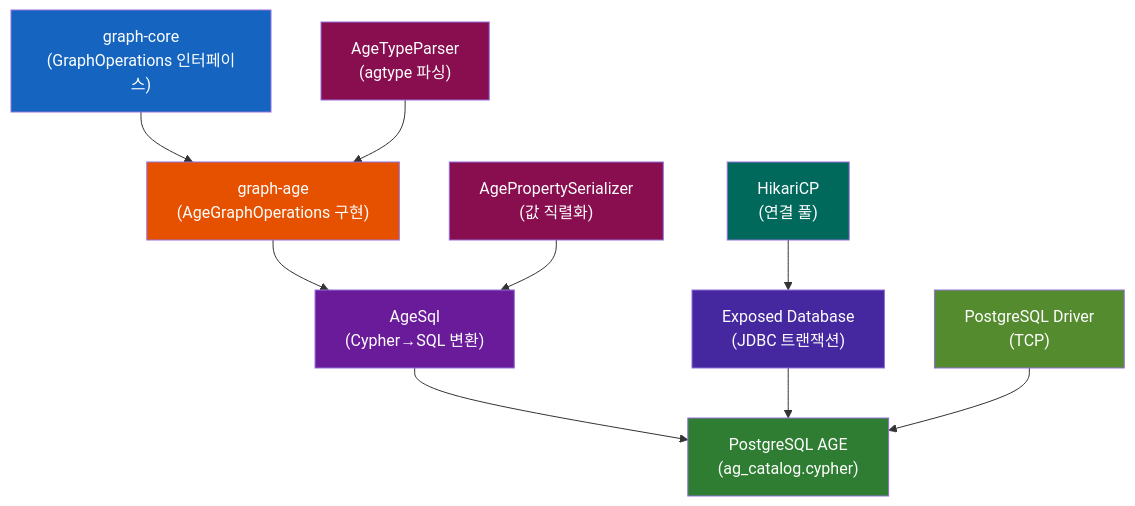
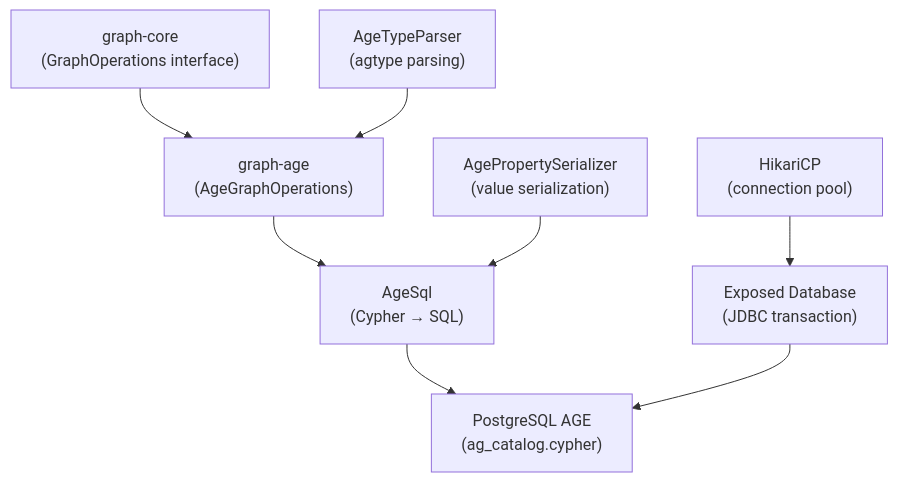
Before and after one commit to bluetape4k/bluetape4k-graph: the diagram in graph/graph-age/README.md, drawn with Mermaid. The commit also changed other lines of this file and 17 other files, not shown here.

````diff
--- a/graph/graph-age/README.md
+++ b/graph/graph-age/README.md
@@ -17,21 +19,10 @@
 ```mermaid
 graph TD
-    A["graph-core<br/>(GraphOperations 인터페이스)"] --> B["graph-age<br/>(AgeGraphOperations 구현)"]
-    B --> C["AgeSql<br/>(Cypher→SQL 변환)"]
+    A["graph-core<br/>(GraphOperations interface)"] --> B["graph-age<br/>(AgeGraphOperations)"]
+    B --> C["AgeSql<br/>(Cypher → SQL)"]
     C --> D["PostgreSQL AGE<br/>(ag_catalog.cypher)"]
-    E["AgePropertySerializer<br/>(값 직렬화)"] --> C
-    F["AgeTypeParser<br/>(agtype 파싱)"] --> B
-    G["Exposed Database<br/>(JDBC 트랜잭션)"] --> D
-    H["HikariCP<br/>(연결 풀)"] --> G
-    I["PostgreSQL Driver<br/>(TCP)"] --> D
-
-    style A fill:#1565C0,color:#fff
-    style B fill:#E65100,color:#fff
-    style C fill:#6A1B9A,color:#fff
-    style D fill:#2E7D32,color:#fff
-    style E fill:#880E4F,color:#fff
-    style F fill:#880E4F,color:#fff
-    style G fill:#4527A0,color:#fff
-    style H fill:#00695C,color:#fff
-    style I fill:#558B2F,color:#fff
+    E["AgePropertySerializer<br/>(value serialization)"] --> C
+    F["AgeTypeParser<br/>(agtype parsing)"] --> B
+    G["Exposed Database<br/>(JDBC transaction)"] --> D
+    H["HikariCP<br/>(connection pool)"] --> G
 ```
````
